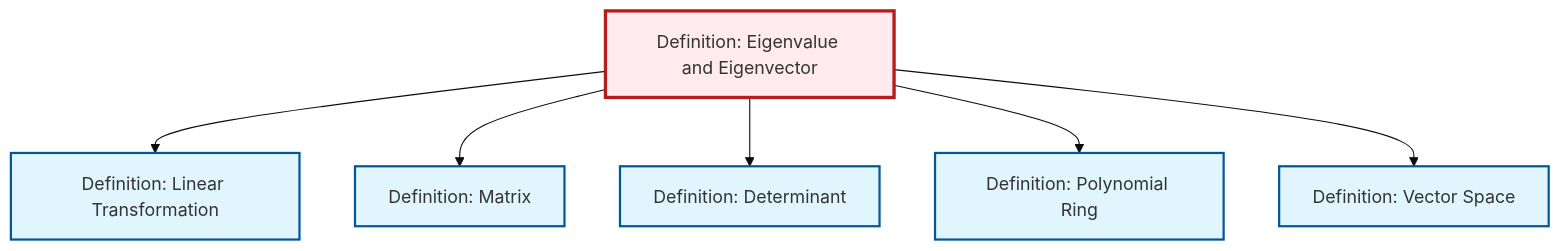
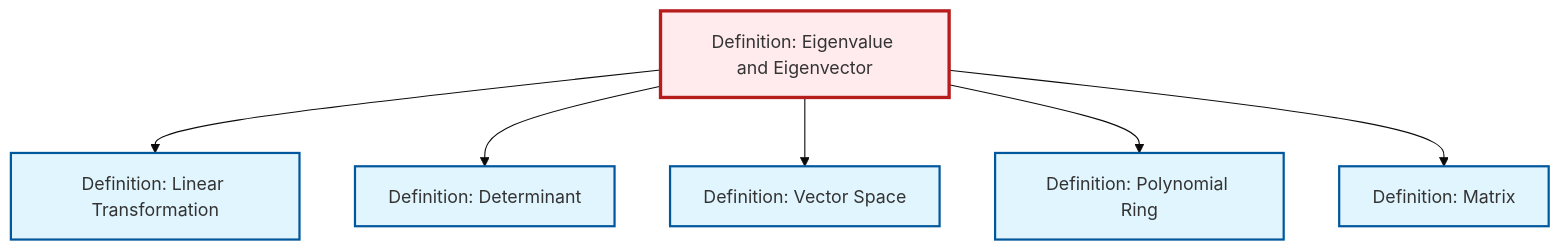
The diagram in output/mermaid/en/def-eigenvalue-eigenvector.mermaid (RK0429/ModernMath), drawn with Mermaid (base theme) before and after one commit. The commit also changed other lines of this file and 1012 other files, not shown here.

```diff
--- a/output/mermaid/en/def-eigenvalue-eigenvector.mermaid
+++ b/output/mermaid/en/def-eigenvalue-eigenvector.mermaid
@@ -1,19 +1,19 @@
 %%| fig-cap: "Local dependency graph"
 graph TD
     classDef definition fill:#e1f5fe,stroke:#01579b,stroke-width:2px
     classDef theorem fill:#f3e5f5,stroke:#4a148c,stroke-width:2px
     classDef axiom fill:#fff3e0,stroke:#e65100,stroke-width:2px
     classDef example fill:#e8f5e9,stroke:#1b5e20,stroke-width:2px
     classDef current fill:#ffebee,stroke:#b71c1c,stroke-width:3px
-    def-eigenvalue-eigenvector["Definition: Eigenvalue and Eigenvector"]:::definition
+    def-polynomial-ring["Definition: Polynomial Ring"]:::definition
     def-vector-space["Definition: Vector Space"]:::definition
     def-linear-transformation["Definition: Linear Transformation"]:::definition
+    def-eigenvalue-eigenvector["Definition: Eigenvalue and Eigenvector"]:::definition
+    def-matrix["Definition: Matrix"]:::definition
     def-determinant["Definition: Determinant"]:::definition
-    def-matrix["Definition: Matrix"]:::definition
-    def-polynomial-ring["Definition: Polynomial Ring"]:::definition
     def-eigenvalue-eigenvector --> def-linear-transformation
+    def-eigenvalue-eigenvector --> def-determinant
+    def-eigenvalue-eigenvector --> def-vector-space
+    def-eigenvalue-eigenvector --> def-polynomial-ring
     def-eigenvalue-eigenvector --> def-matrix
-    def-eigenvalue-eigenvector --> def-determinant
-    def-eigenvalue-eigenvector --> def-polynomial-ring
-    def-eigenvalue-eigenvector --> def-vector-space
     class def-eigenvalue-eigenvector current
```
